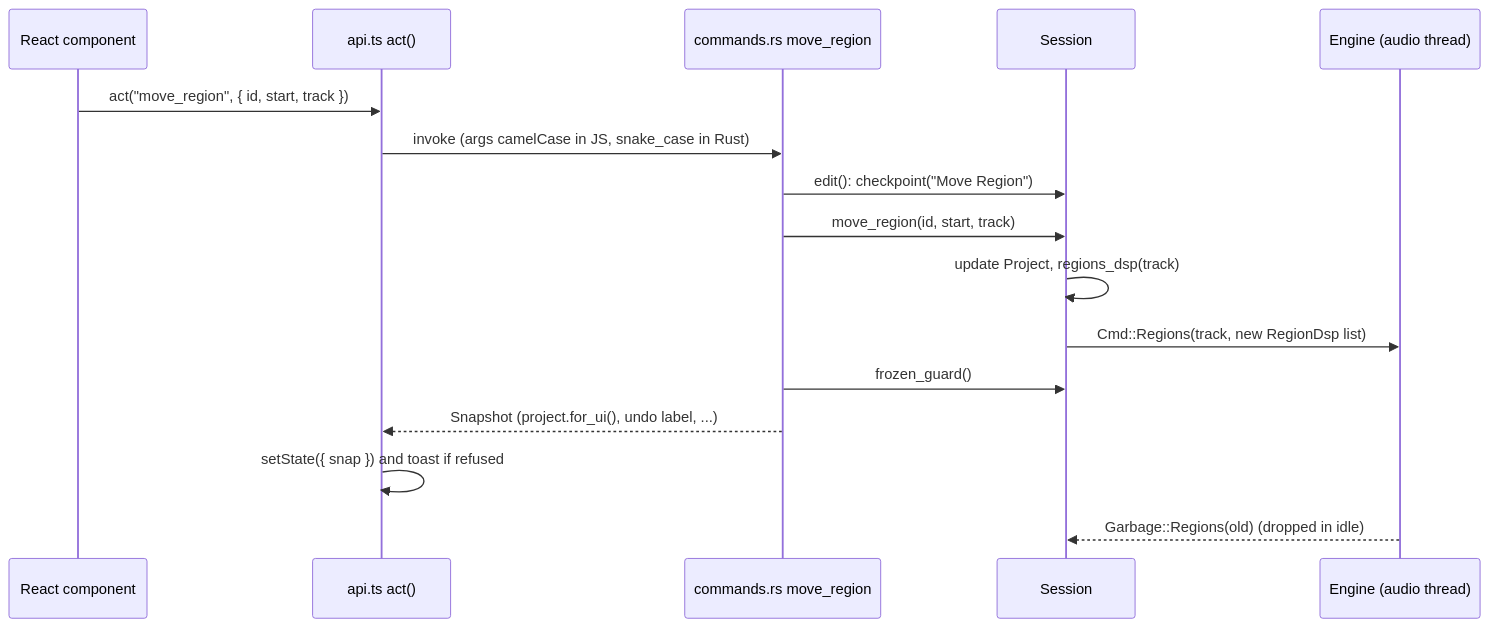
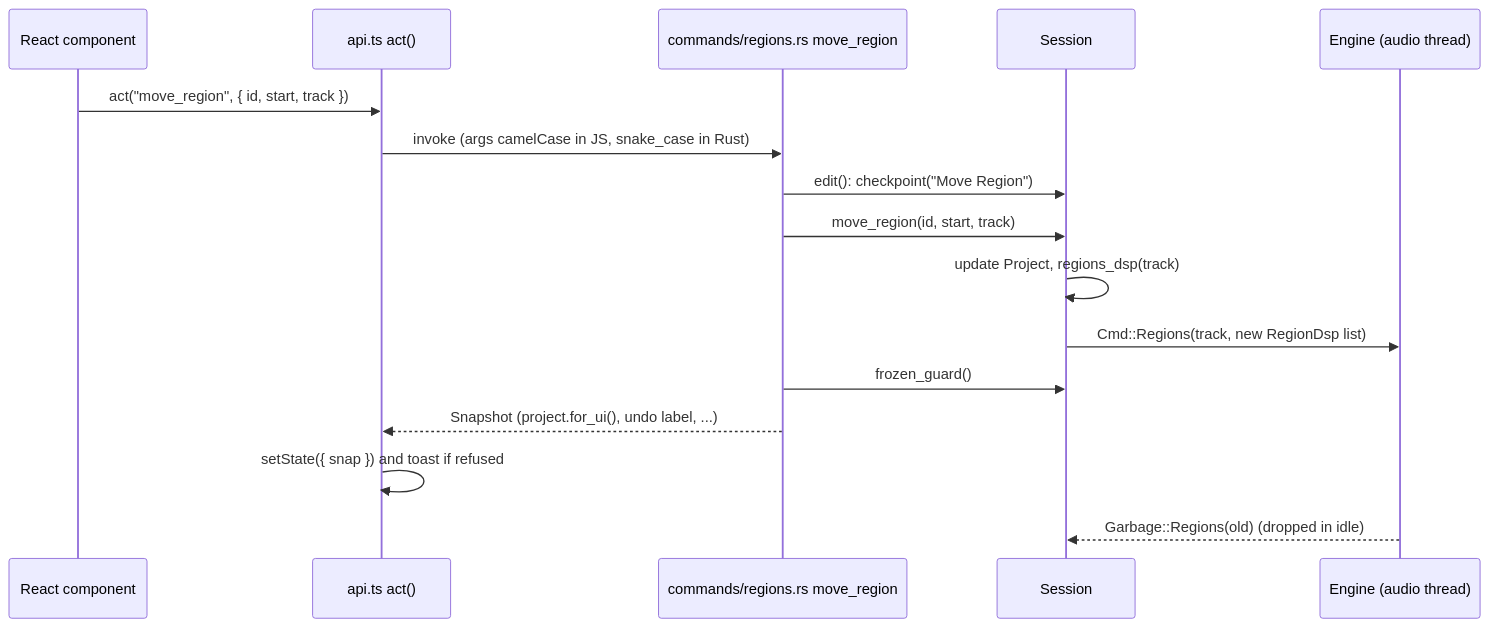
One commit to JackMechem/marbble changed the second of 3 diagrams in docs/ARCHITECTURE.md. Above: the diagram before and after it, drawn with Mermaid. The commit also changed other lines of this file and 67 other files, not shown here.

````diff
--- a/docs/ARCHITECTURE.md
+++ b/docs/ARCHITECTURE.md
@@ -161,18 +161,18 @@
 ```mermaid
 sequenceDiagram
   participant UI as React component
   participant API as api.ts act()
-  participant C as commands.rs move_region
+  participant C as commands/regions.rs move_region
   participant S as Session
   participant E as Engine (audio thread)
   UI->>API: act("move_region", { id, start, track })
   API->>C: invoke (args camelCase in JS, snake_case in Rust)
   C->>S: edit(): checkpoint("Move Region")
   C->>S: move_region(id, start, track)
   S->>S: update Project, regions_dsp(track)
   S->>E: Cmd::Regions(track, new RegionDsp list)
   C->>S: frozen_guard()
   C-->>API: Snapshot (project.for_ui(), undo label, ...)
   API->>API: setState({ snap }) and toast if refused
   E-->>S: Garbage::Regions(old) (dropped in idle)
 ```
````
